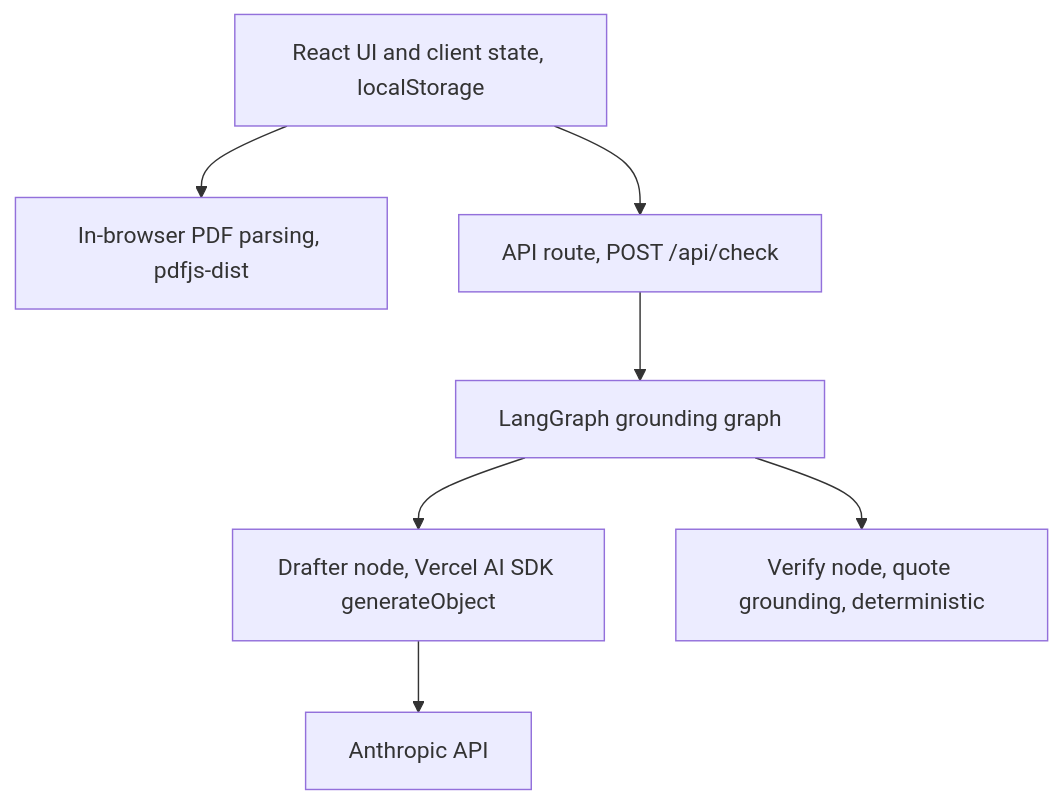
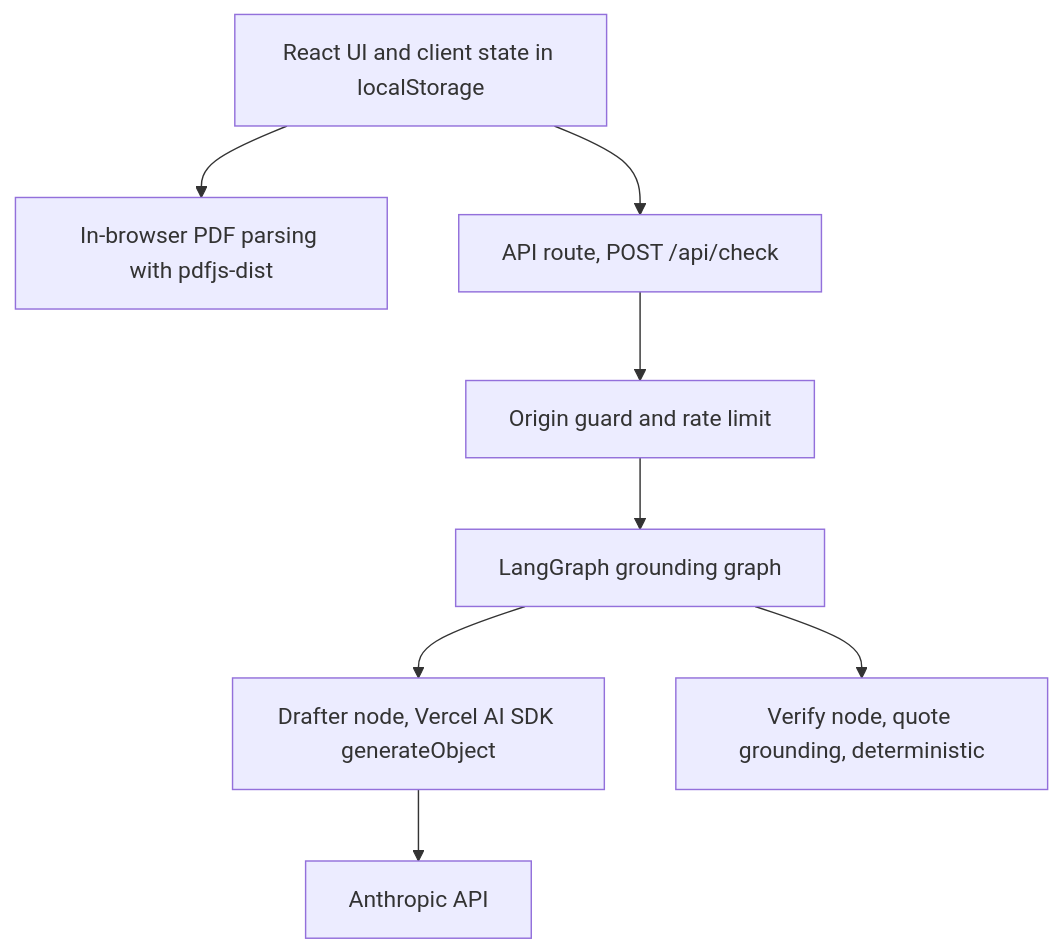
Before and after one commit to elleskay/insurance-dashboard: the third of 6 diagrams in README.md, drawn with Mermaid. The commit also changed other lines of this file, not shown here.

````diff
--- a/README.md
+++ b/README.md
@@ -84,9 +91,10 @@
 ```mermaid
 flowchart TD
-    UI[React UI and client state, localStorage] --> PDF[In-browser PDF parsing, pdfjs-dist]
+    UI[React UI and client state in localStorage] --> PDF[In-browser PDF parsing with pdfjs-dist]
     UI --> Route[API route, POST /api/check]
-    Route --> Graph[LangGraph grounding graph]
+    Route --> Guard[Origin guard and rate limit]
+    Guard --> Graph[LangGraph grounding graph]
     Graph --> Draft[Drafter node, Vercel AI SDK generateObject]
     Graph --> Verify[Verify node, quote grounding, deterministic]
     Draft --> Anthropic[Anthropic API]
 ```
````
